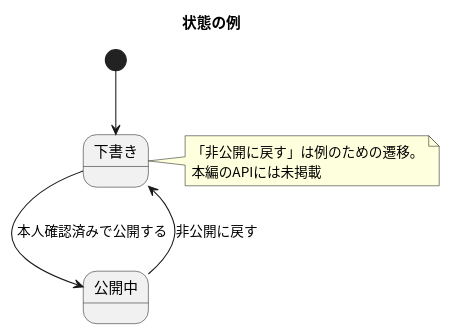
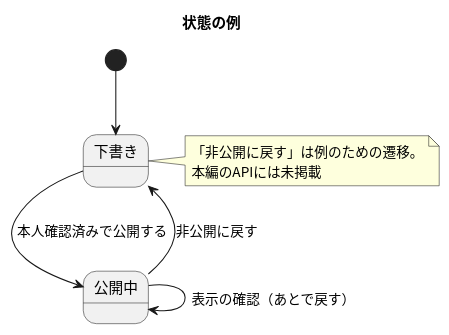
Before and after one commit to masamasamasato/design-doc-template: the diagram in docs/examples/状態.puml, drawn with PlantUML. The commit also changed 2 other files, not shown here.

Commit message:
図コメントの表示を確かめる（次のコミットで戻す）

```diff
--- a/docs/examples/状態.puml
+++ b/docs/examples/状態.puml
@@ -1,11 +1,12 @@
 @startuml
 skinparam shadowing false
 skinparam defaultFontName "Noto Sans CJK JP"
 
 title 状態の例
 
 [*] --> 下書き
 下書き --> 公開中 : 本人確認済みで公開する
 公開中 --> 下書き : 非公開に戻す
+公開中 --> 公開中 : 表示の確認（あとで戻す）
 note right of 下書き : 「非公開に戻す」は例のための遷移。\n本編のAPIには未掲載
 @enduml
```
